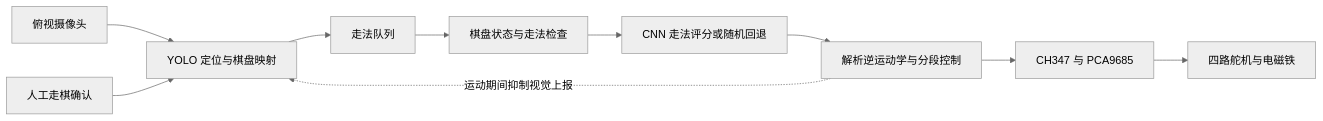
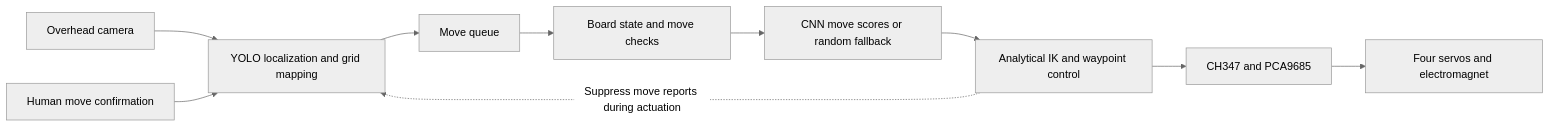
Before and after one commit to DongFengPo1412/ChessRobot: the diagram in README.md, drawn with Mermaid (neutral theme). The commit also changed other lines of this file and 3 other files, not shown here.

````diff
--- a/README.md
+++ b/README.md
@@ -19,12 +19,12 @@
 ```mermaid
 flowchart LR
-    Camera[俯视摄像头] --> Vision[YOLO 定位与棋盘映射]
-    Confirm[人工走棋确认] --> Vision
-    Vision --> Queue[走法队列]
-    Queue --> Board[棋盘状态与走法检查]
-    Board --> Decision[CNN 走法评分或随机回退]
-    Decision --> Motion[解析逆运动学与分段控制]
-    Motion --> Bridge[CH347 与 PCA9685]
-    Bridge --> Arm[四路舵机与电磁铁]
-    Motion -. 运动期间抑制视觉上报 .-> Vision
+    Camera[Overhead camera] --> Vision[YOLO localization and grid mapping]
+    Confirm[Human move confirmation] --> Vision
+    Vision --> Queue[Move queue]
+    Queue --> Board[Board state and move checks]
+    Board --> Decision[CNN move scores or random fallback]
+    Decision --> Motion[Analytical IK and waypoint control]
+    Motion --> Bridge[CH347 and PCA9685]
+    Bridge --> Arm[Four servos and electromagnet]
+    Motion -. Suppress move reports during actuation .-> Vision
 ```
````
